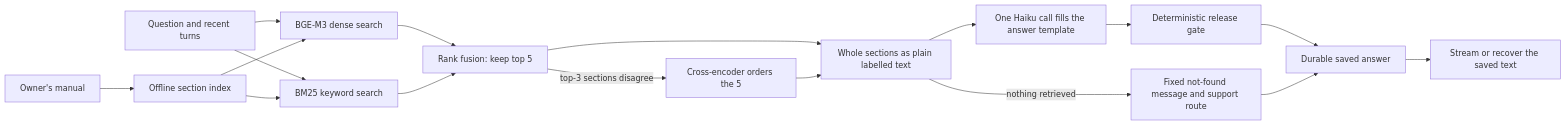
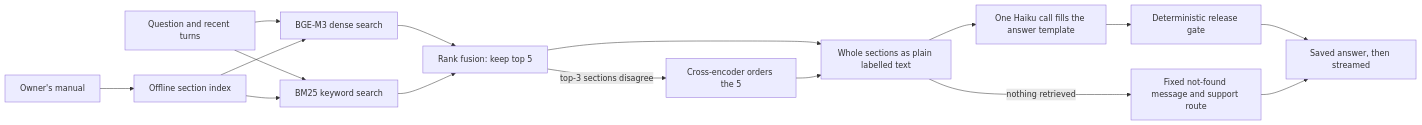
The diagram in README.md (Maneshwar-Kumar/motomedic-ai), drawn with Mermaid before and after one commit. The commit also changed other lines of this file and 1849 other files, not shown here.

````diff
--- a/README.md
+++ b/README.md
@@ -11,19 +21,18 @@
 ```mermaid
 flowchart LR
     PDF[Owner's manual] --> INDEX[Offline section index]
     Q[Question and recent turns] --> DENSE[BGE-M3 dense search]
     Q --> BM25[BM25 keyword search]
     INDEX --> DENSE
     INDEX --> BM25
     DENSE --> FUSE[Rank fusion: keep top 5]
     BM25 --> FUSE
     FUSE -->|top-3 sections disagree| RERANK[Cross-encoder orders the 5]
     FUSE --> SECTIONS[Whole sections as plain labelled text]
     RERANK --> SECTIONS
     SECTIONS -->|nothing retrieved| FALLBACK[Fixed not-found message and support route]
     SECTIONS --> GEN[One Haiku call fills the answer template]
     GEN --> GATE[Deterministic release gate]
-    GATE --> SAVE[Durable saved answer]
+    GATE --> SAVE[Saved answer, then streamed]
     FALLBACK --> SAVE
-    SAVE --> UI[Stream or recover the saved text]
 ```
````
